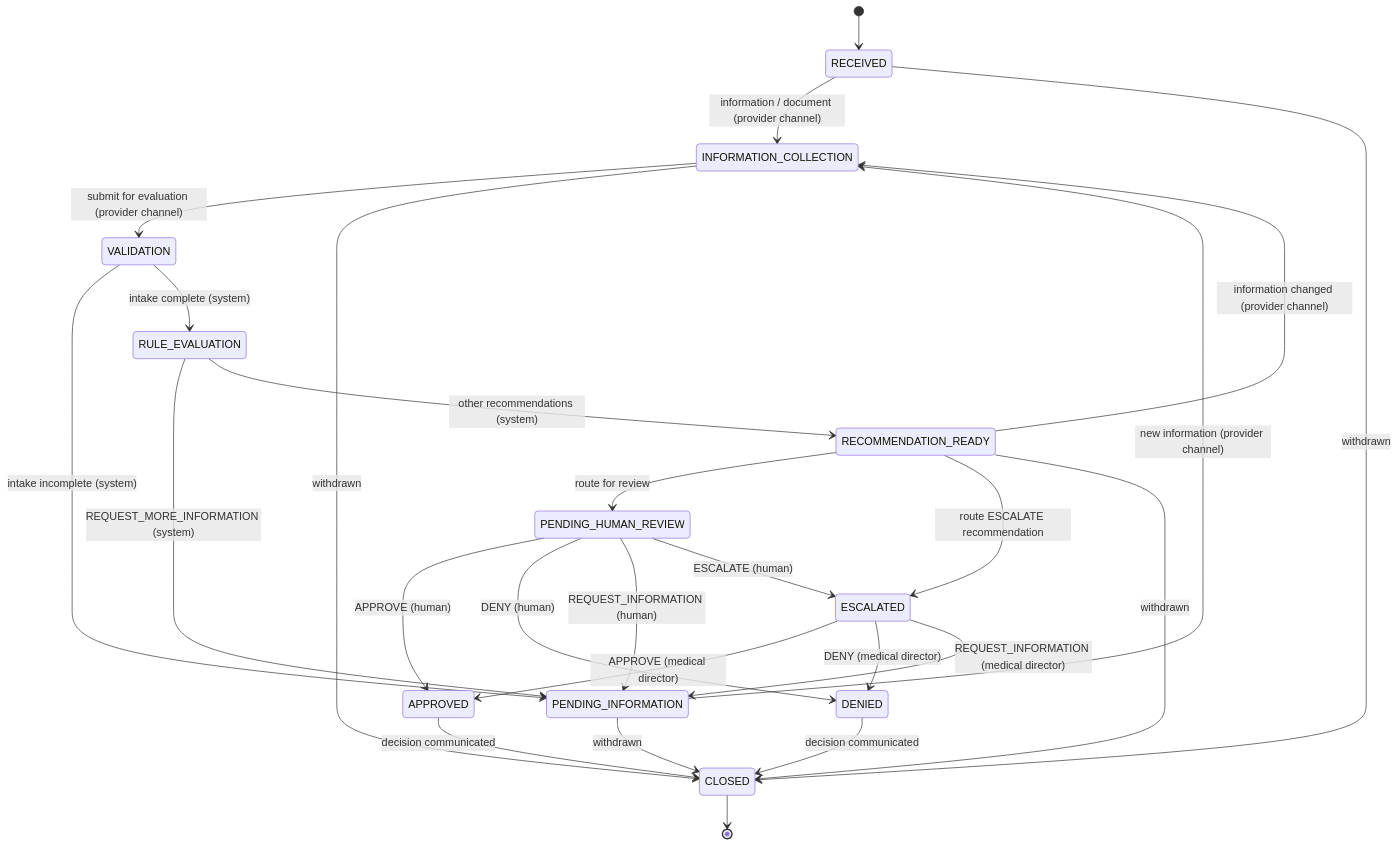
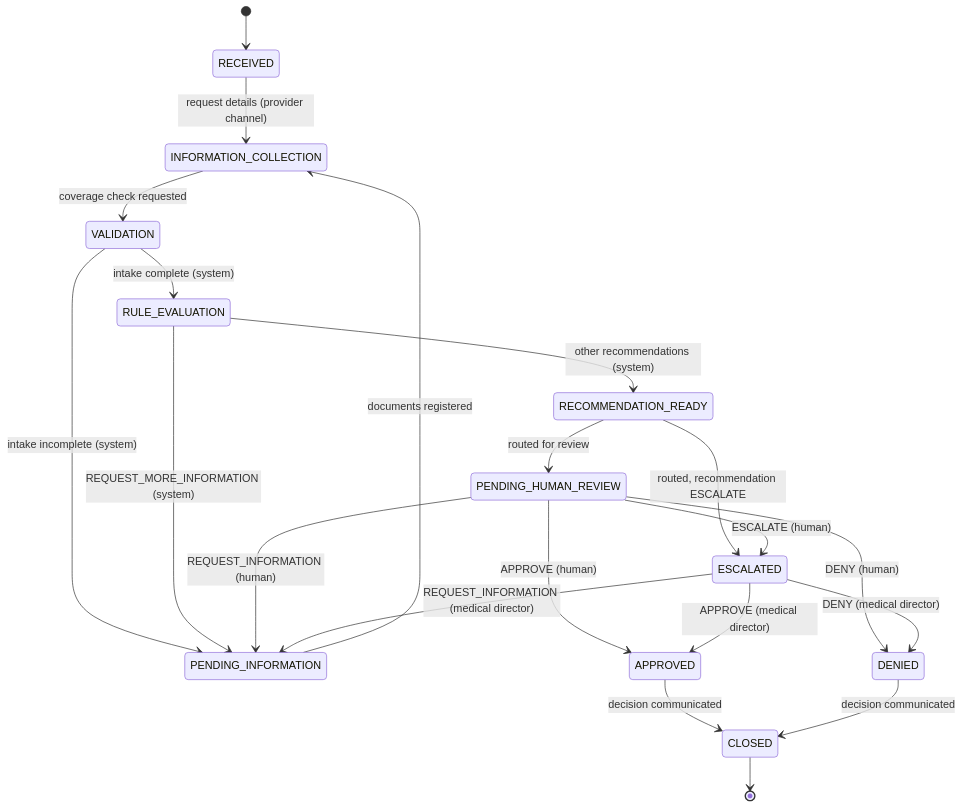
One commit to haroon12h08/sawt-al-tameen changed the diagram in docs/ARCHITECTURE.md. Above: the diagram before and after it, drawn with Mermaid. The commit also changed other lines of this file and 69 other files, not shown here.

````diff
--- a/docs/ARCHITECTURE.md
+++ b/docs/ARCHITECTURE.md
@@ -39,28 +69,23 @@
 ```mermaid
 stateDiagram-v2
     [*] --> RECEIVED
-    RECEIVED --> INFORMATION_COLLECTION: information / document (provider channel)
-    INFORMATION_COLLECTION --> VALIDATION: submit for evaluation (provider channel)
+    RECEIVED --> INFORMATION_COLLECTION: request details (provider channel)
+    INFORMATION_COLLECTION --> VALIDATION: coverage check requested
     VALIDATION --> PENDING_INFORMATION: intake incomplete (system)
     VALIDATION --> RULE_EVALUATION: intake complete (system)
     RULE_EVALUATION --> PENDING_INFORMATION: REQUEST_MORE_INFORMATION (system)
     RULE_EVALUATION --> RECOMMENDATION_READY: other recommendations (system)
-    PENDING_INFORMATION --> INFORMATION_COLLECTION: new information (provider channel)
-    RECOMMENDATION_READY --> INFORMATION_COLLECTION: information changed (provider channel)
-    RECOMMENDATION_READY --> PENDING_HUMAN_REVIEW: route for review
-    RECOMMENDATION_READY --> ESCALATED: route ESCALATE recommendation
+    PENDING_INFORMATION --> INFORMATION_COLLECTION: documents registered
+    RECOMMENDATION_READY --> PENDING_HUMAN_REVIEW: routed for review
+    RECOMMENDATION_READY --> ESCALATED: routed, recommendation ESCALATE
     PENDING_HUMAN_REVIEW --> APPROVED: APPROVE (human)
     PENDING_HUMAN_REVIEW --> DENIED: DENY (human)
     PENDING_HUMAN_REVIEW --> PENDING_INFORMATION: REQUEST_INFORMATION (human)
     PENDING_HUMAN_REVIEW --> ESCALATED: ESCALATE (human)
     ESCALATED --> APPROVED: APPROVE (medical director)
     ESCALATED --> DENIED: DENY (medical director)
     ESCALATED --> PENDING_INFORMATION: REQUEST_INFORMATION (medical director)
     APPROVED --> CLOSED: decision communicated
     DENIED --> CLOSED: decision communicated
-    RECEIVED --> CLOSED: withdrawn
-    INFORMATION_COLLECTION --> CLOSED: withdrawn
-    PENDING_INFORMATION --> CLOSED: withdrawn
-    RECOMMENDATION_READY --> CLOSED: withdrawn
     CLOSED --> [*]
 ```
````
